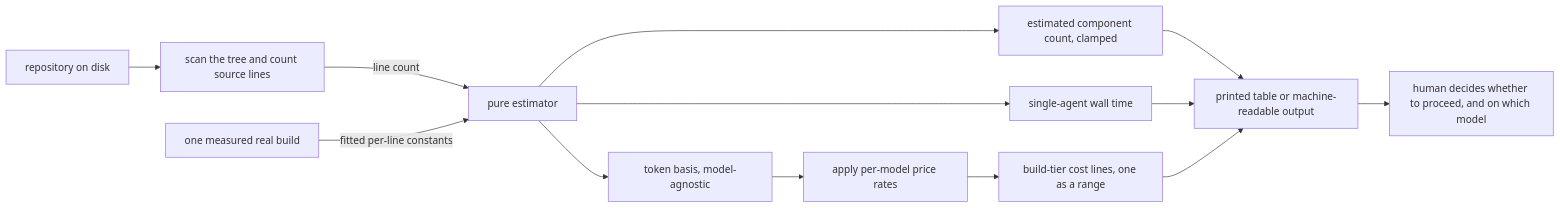
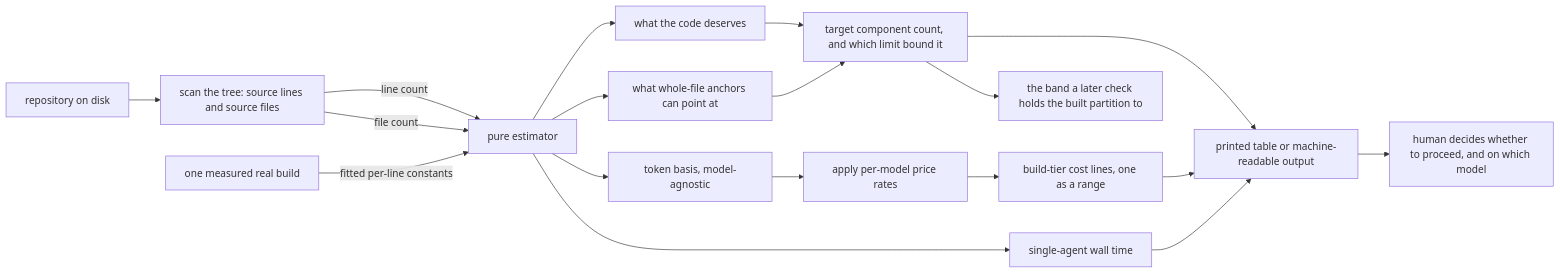
Before and after one commit to wooogler/scale: the diagram in .scale/memory/build-cost-estimator/README.md, drawn with Mermaid. The commit also changed other lines of this file and 16 other files, not shown here.

````diff
--- a/.scale/memory/build-cost-estimator/README.md
+++ b/.scale/memory/build-cost-estimator/README.md
@@ -39,15 +39,20 @@
 ```mermaid
 flowchart LR
-    A["repository on disk"] --> B["scan the tree and count source lines"]
+    A["repository on disk"] --> B["scan the tree: source lines and source files"]
     B -->|line count| C["pure estimator"]
+    B -->|file count| C
     D["one measured real build"] -->|fitted per-line constants| C
-    C --> E["estimated component count, clamped"]
+    C --> E1["what the code deserves"]
+    C --> E2["what whole-file anchors can point at"]
+    E1 --> E["target component count, and which limit bound it"]
+    E2 --> E
     C --> F["token basis, model-agnostic"]
     C --> G["single-agent wall time"]
     F --> H["apply per-model price rates"]
     H --> I["build-tier cost lines, one as a range"]
     E --> J["printed table or machine-readable output"]
+    E --> L["the band a later check holds the built partition to"]
     G --> J
     I --> J
     J --> K["human decides whether to proceed, and on which model"]
 ```
````
